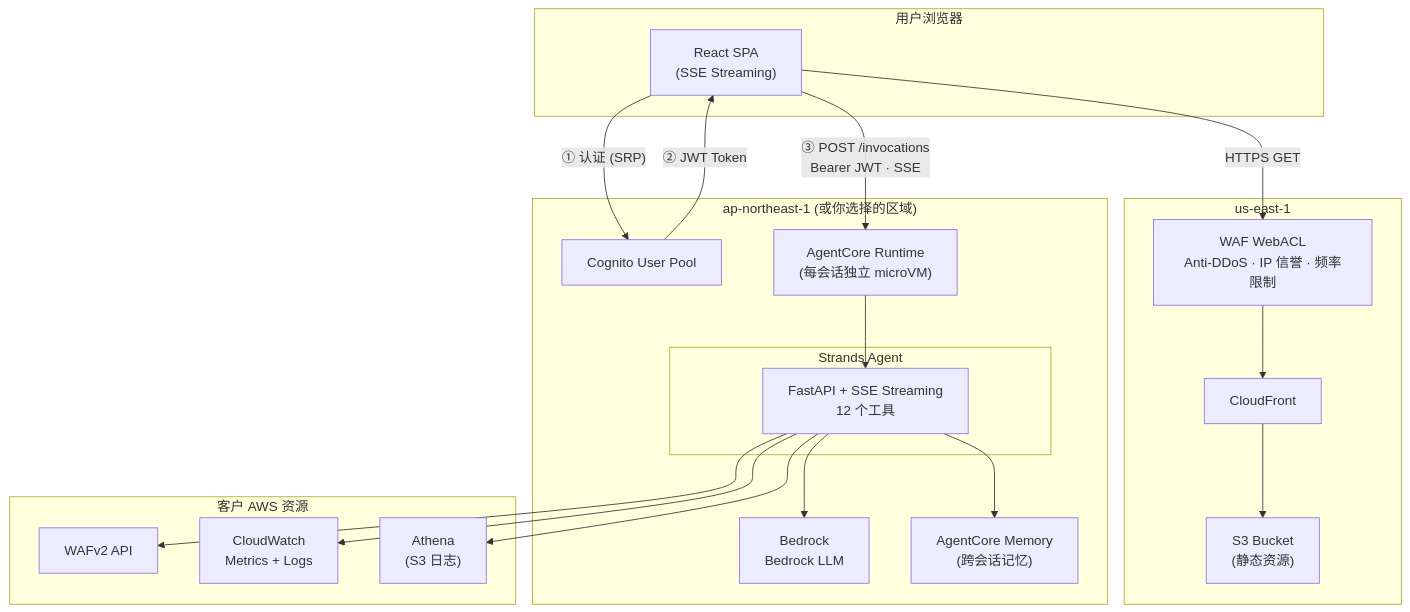
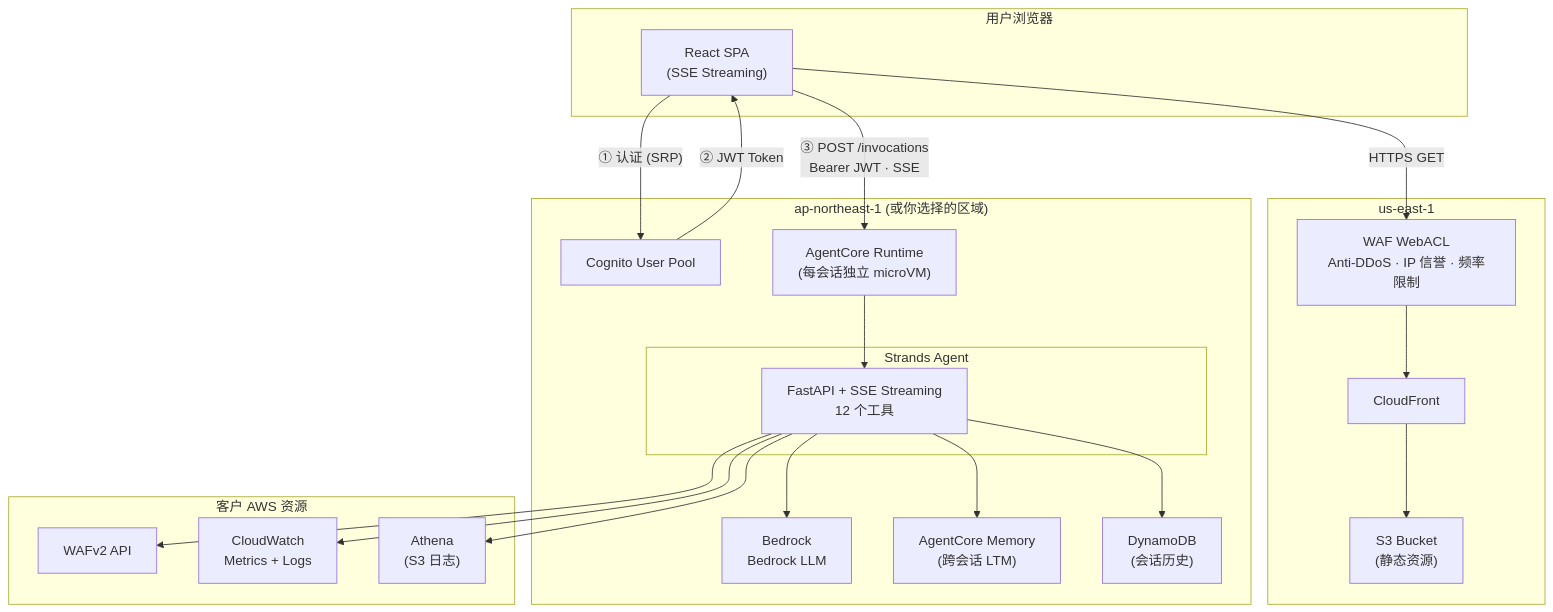
The diagram in README_zh.md (aws-samples/sample-building-a-conversational-ai-agent-for-aws-waf-analysis-with-agentcore), drawn with Mermaid before and after one commit. The commit also changed other lines of this file and 6 other files, not shown here.

First line of the commit message:
Docs: update architecture diagrams, READMEs, IAM permissions, CHANGELOG for v0.4.0

````diff
--- a/README_zh.md
+++ b/README_zh.md
@@ -52,40 +52,42 @@
 ```mermaid
 graph TB
     subgraph User["用户浏览器"]
         SPA["React SPA<br/>(SSE Streaming)"]
     end
 
     subgraph CF["us-east-1"]
         CloudFront["CloudFront"]
         WAF_FE["WAF WebACL<br/>Anti-DDoS · IP 信誉 · 频率限制"]
         S3["S3 Bucket<br/>(静态资源)"]
     end
 
     subgraph Backend["ap-northeast-1 (或你选择的区域)"]
         Cognito["Cognito User Pool"]
         AC["AgentCore Runtime<br/>(每会话独立 microVM)"]
         subgraph Agent["Strands Agent"]
             FastAPI["FastAPI + SSE Streaming<br/>12 个工具"]
         end
         Bedrock["Bedrock<br/>Bedrock LLM"]
-        Memory["AgentCore Memory<br/>(跨会话记忆)"]
+        Memory["AgentCore Memory<br/>(跨会话 LTM)"]
+        DDB["DynamoDB<br/>(会话历史)"]
     end
 
     subgraph AWS["客户 AWS 资源"]
         WAFv2["WAFv2 API"]
         CW["CloudWatch<br/>Metrics + Logs"]
         Athena["Athena<br/>(S3 日志)"]
     end
 
     SPA -->|"HTTPS GET"| WAF_FE
     WAF_FE --> CloudFront --> S3
     SPA -->|"① 认证 (SRP)"| Cognito
     Cognito -->|"② JWT Token"| SPA
     SPA -->|"③ POST /invocations<br/>Bearer JWT · SSE"| AC
     AC --> FastAPI
     FastAPI --> Bedrock
     FastAPI --> Memory
+    FastAPI --> DDB
     FastAPI --> WAFv2
     FastAPI --> CW
     FastAPI --> Athena
 ```
````
